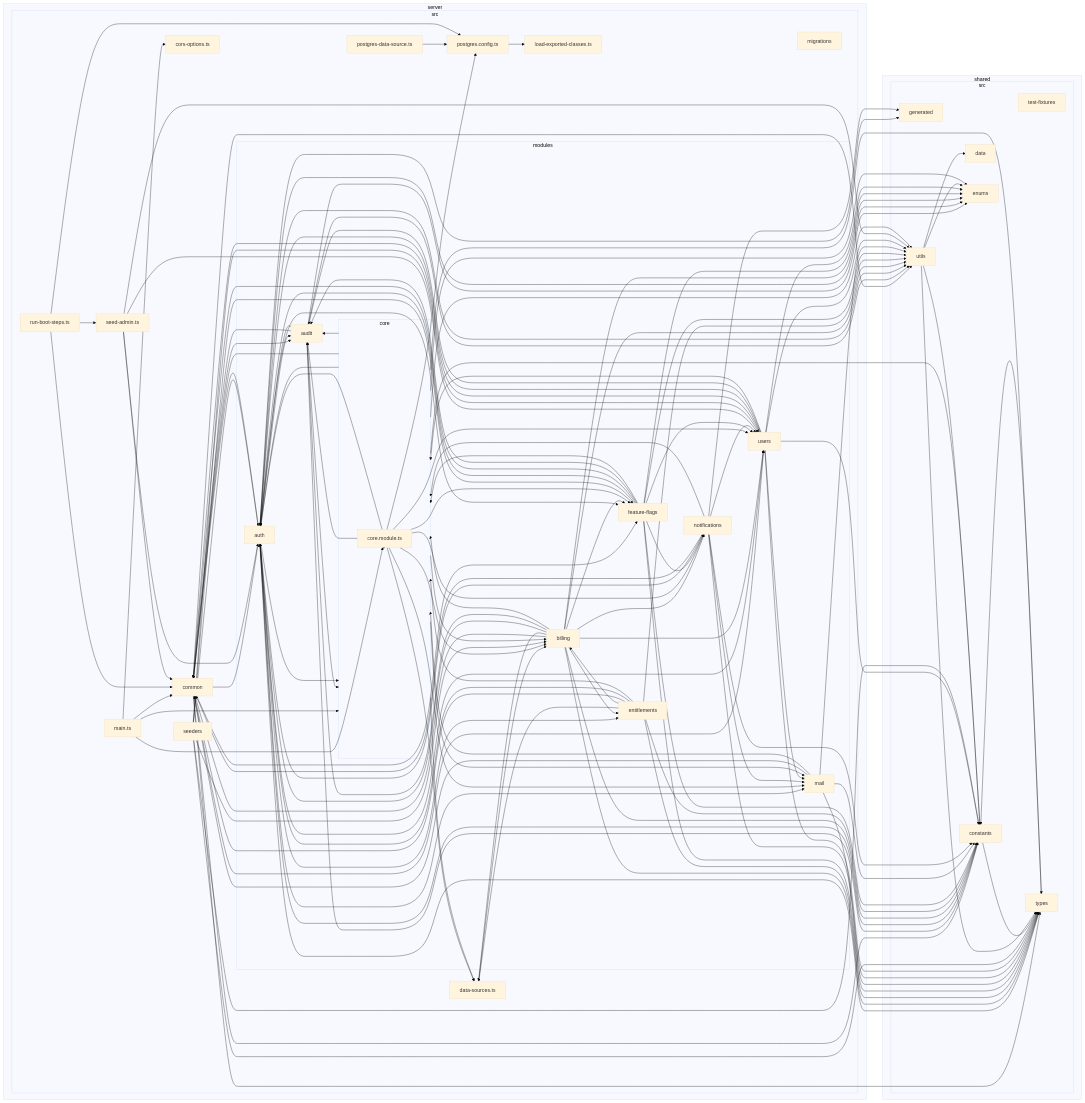
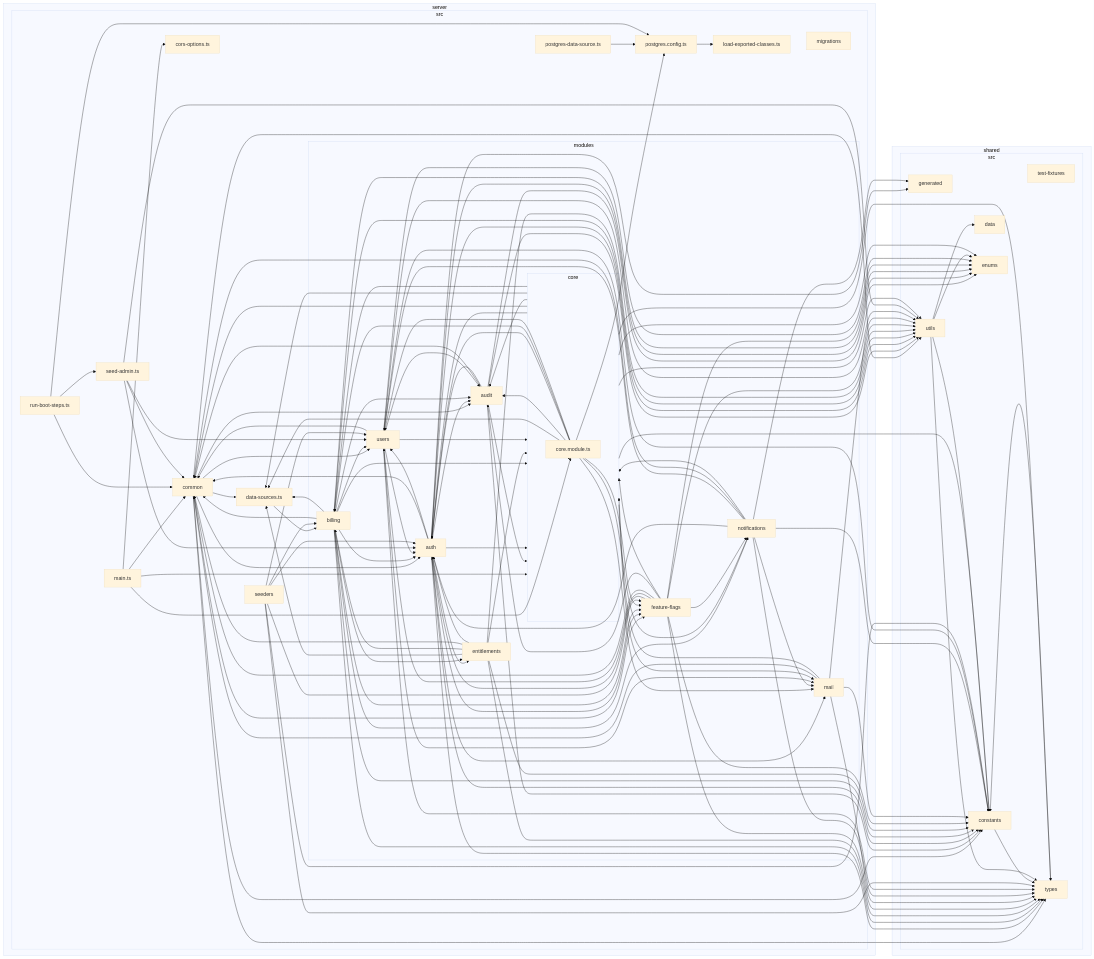
Before and after one commit to tauinbox/client-server-starter-app: the second of 5 diagrams in architecture/dependency-graph.md, drawn with Mermaid (base theme). The commit also changed 59 other files, not shown here.

```diff
--- a/architecture/dependency-graph.md
+++ b/architecture/dependency-graph.md
@@ -82,6 +82,7 @@
 2-->Q
 2-->V
 2-->W
+2-->4
 2-->A
 2-->F
 2-->I
```
